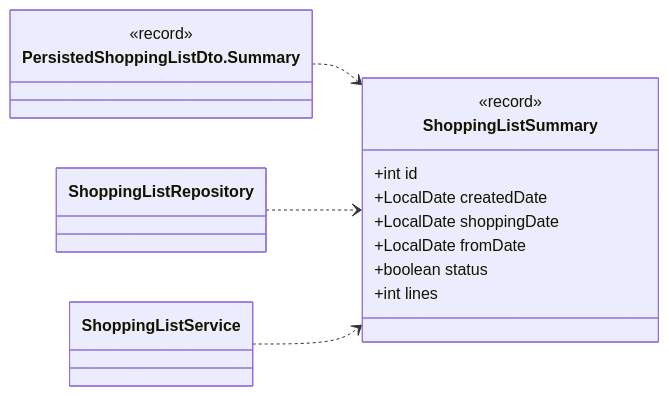
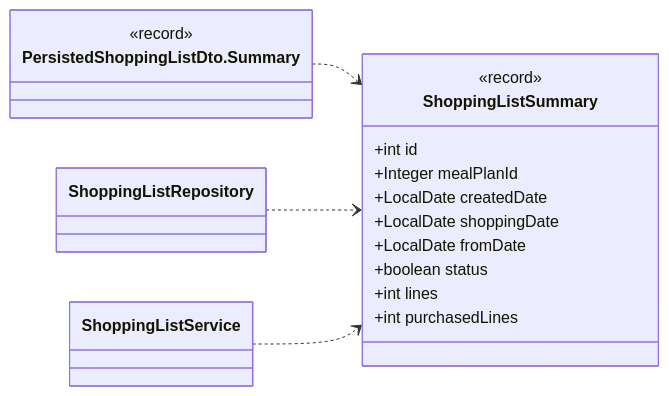
Before and after one commit to Nate-ryan-7690/dahaem: diagram 12 of 16 in docs/classes/shopping.md, drawn with Mermaid. The commit also changed other lines of this file and 6 other files, not shown here.

````diff
--- a/docs/classes/shopping.md
+++ b/docs/classes/shopping.md
@@ -636,21 +643,23 @@
 ```mermaid
 classDiagram
     direction LR
     class shopping_ShoppingListSummary["ShoppingListSummary"] {
         <<record>>
         +int id
+        +Integer mealPlanId
         +LocalDate createdDate
         +LocalDate shoppingDate
         +LocalDate fromDate
         +boolean status
         +int lines
+        +int purchasedLines
     }
     class api_PersistedShoppingListDto_Summary["PersistedShoppingListDto.Summary"] {
         <<record>>
     }
     class shopping_ShoppingListRepository["ShoppingListRepository"]
     class shopping_ShoppingListService["ShoppingListService"]
     api_PersistedShoppingListDto_Summary ..> shopping_ShoppingListSummary
     shopping_ShoppingListRepository ..> shopping_ShoppingListSummary
     shopping_ShoppingListService ..> shopping_ShoppingListSummary
 ```
````
